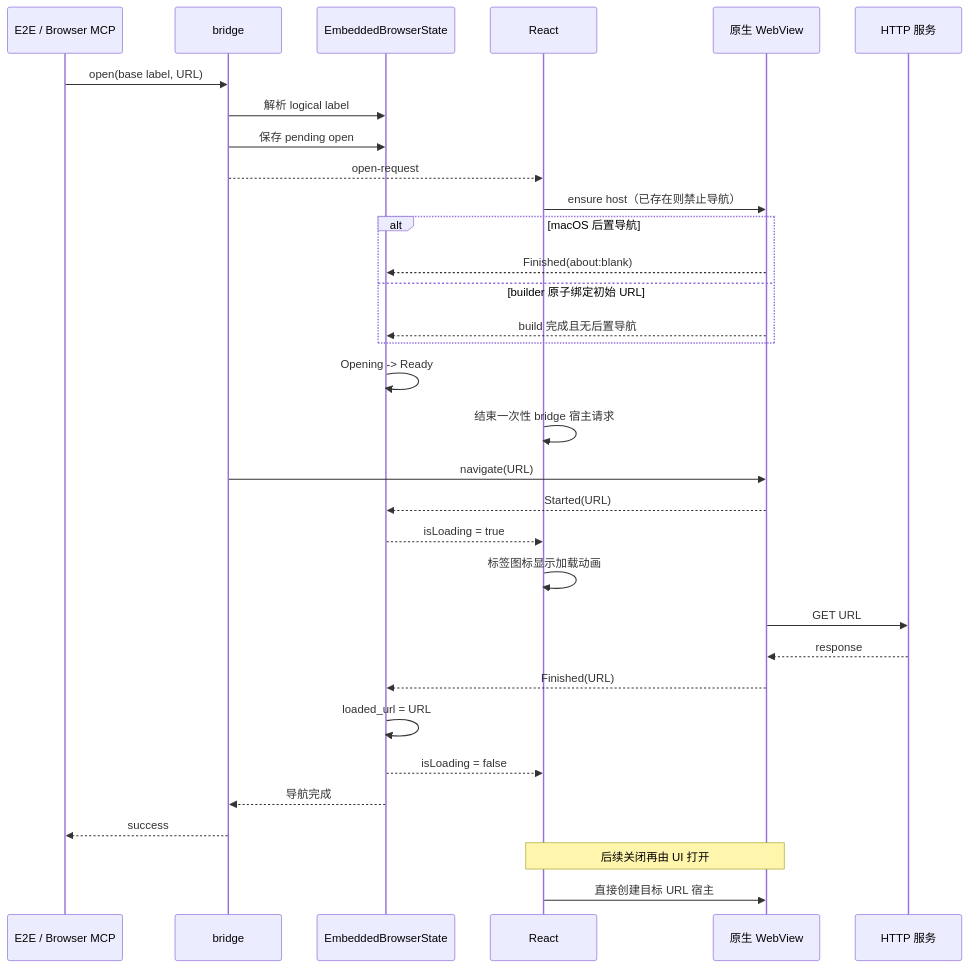
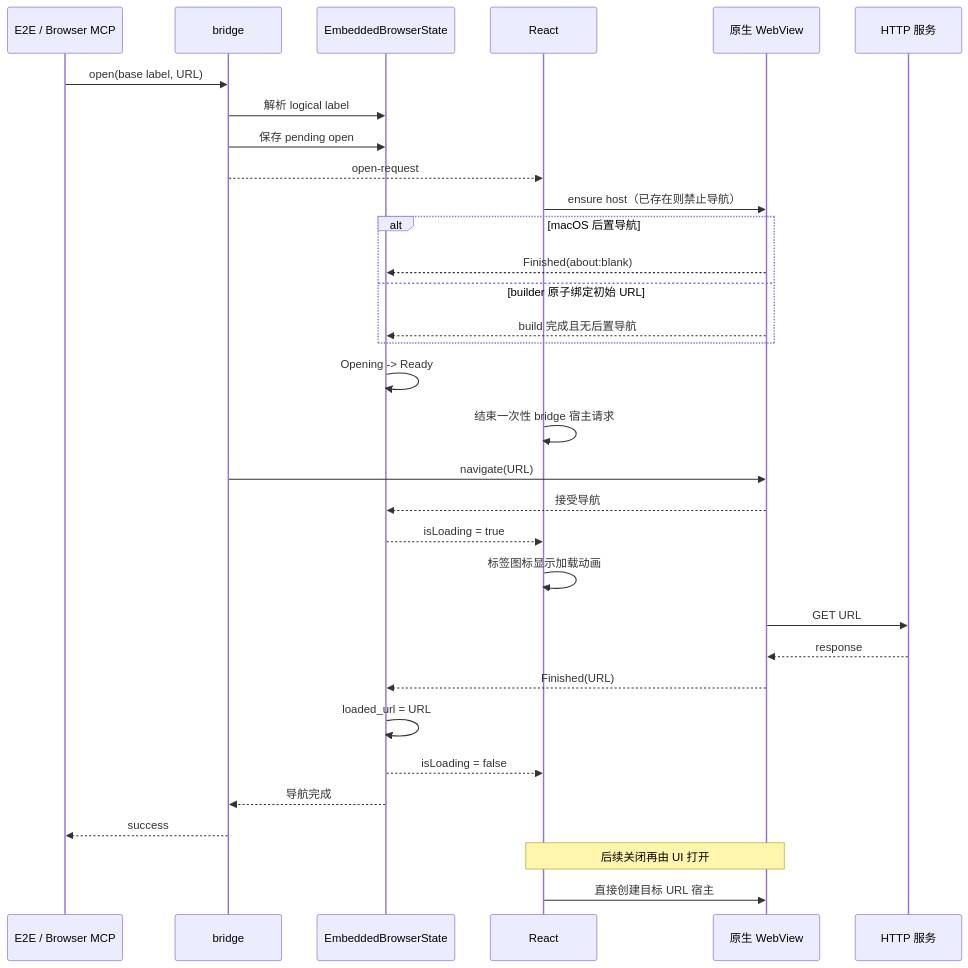
Before and after one commit to wecode-ai/Wegent: the second of 2 diagrams in docs/zh/architecture/embedded-browser.md, drawn with Mermaid. The commit also changed other lines of this file and 2 other files, not shown here.

````diff
--- a/docs/zh/architecture/embedded-browser.md
+++ b/docs/zh/architecture/embedded-browser.md
@@ -33,36 +33,36 @@
 ```mermaid
 sequenceDiagram
     participant C as E2E / Browser MCP
     participant B as bridge
     participant S as EmbeddedBrowserState
     participant R as React
     participant W as 原生 WebView
     participant H as HTTP 服务
 
     C->>B: open(base label, URL)
     B->>S: 解析 logical label
     B->>S: 保存 pending open
     B-->>R: open-request
     R->>W: ensure host（已存在则禁止导航）
     alt macOS 后置导航
         W-->>S: Finished(about:blank)
     else builder 原子绑定初始 URL
         W-->>S: build 完成且无后置导航
     end
     S->>S: Opening -> Ready
     R->>R: 结束一次性 bridge 宿主请求
     B->>W: navigate(URL)
-    W-->>S: Started(URL)
+    W-->>S: 接受导航
     S-->>R: isLoading = true
     R->>R: 标签图标显示加载动画
     W->>H: GET URL
     H-->>W: response
     W-->>S: Finished(URL)
     S->>S: loaded_url = URL
     S-->>R: isLoading = false
     S-->>B: 导航完成
     B-->>C: success
 
     Note over R,W: 后续关闭再由 UI 打开
     R->>W: 直接创建目标 URL 宿主
 ```
````
